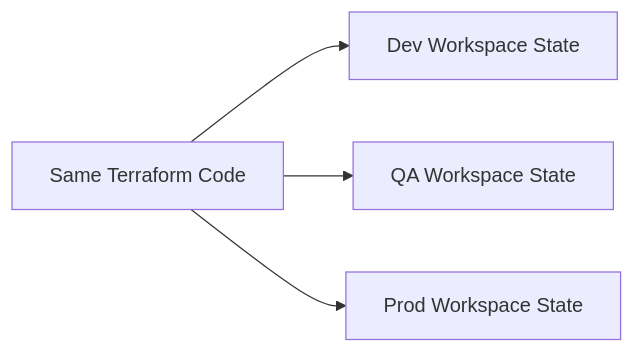
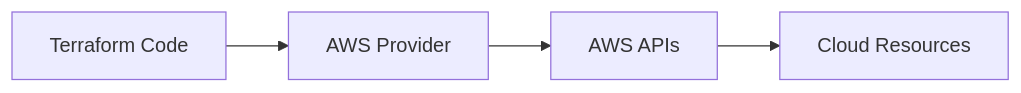
Before and after one commit to arira-ai/ar_terraform: the first of 3 diagrams in 05_Terraform_+_Cloud/05.01-Terraform_with_Cloud.md, drawn with Mermaid. The commit also changed other lines of this file, not shown here.

````diff
--- a/05_Terraform_+_Cloud/05.01-Terraform_with_Cloud.md
+++ b/05_Terraform_+_Cloud/05.01-Terraform_with_Cloud.md
@@ -35,6 +14,6 @@
 ```mermaid
 flowchart LR
-A[Same Terraform Code] --> B[Dev Workspace State]
-A --> C[QA Workspace State]
-A --> D[Prod Workspace State]
+A[Terraform Code] --> B[AWS Provider]
+B --> C[AWS APIs]
+C --> D[Cloud Resources]
 ```
````
